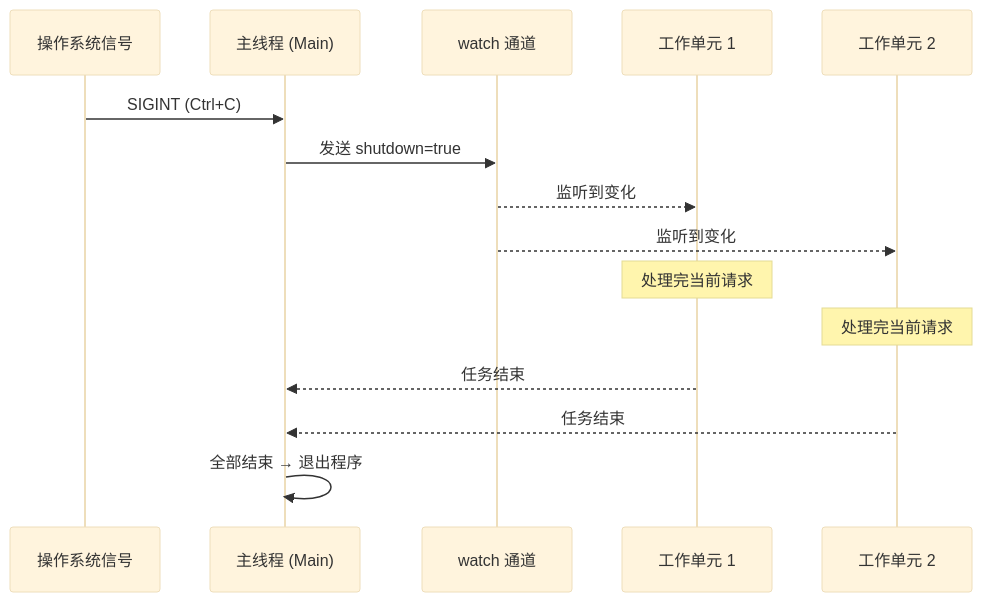
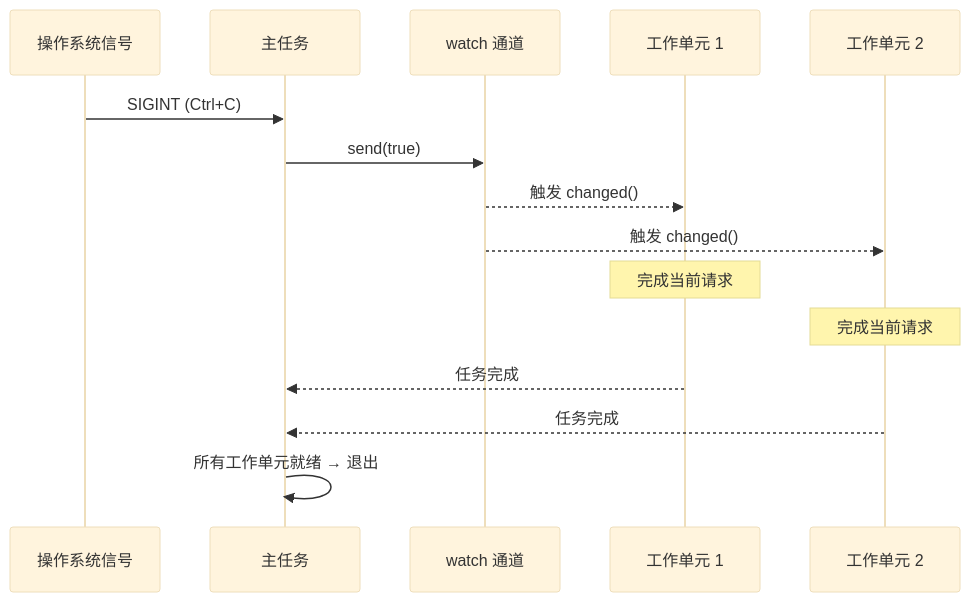
The diagram in async-book/src/zh/ch13-production-patterns.md (veegn/rust-training-zh), drawn with Mermaid (base theme) before and after one commit. The commit also changed other lines of this file and 354 other files, not shown here.

````diff
--- a/async-book/src/zh/ch13-production-patterns.md
+++ b/async-book/src/zh/ch13-production-patterns.md
@@ -40,20 +85,20 @@
 ```mermaid
 sequenceDiagram
     participant OS as 操作系统信号
-    participant Main as 主线程 (Main)
+    participant Main as 主任务
     participant WCH as watch 通道
     participant W1 as 工作单元 1
     participant W2 as 工作单元 2
 
     OS->>Main: SIGINT (Ctrl+C)
-    Main->>WCH: 发送 shutdown=true
-    WCH-->>W1: 监听到变化
-    WCH-->>W2: 监听到变化
+    Main->>WCH: send(true)
+    WCH-->>W1: 触发 changed()
+    WCH-->>W2: 触发 changed()
 
-    Note over W1: 处理完当前请求
-    Note over W2: 处理完当前请求
+    Note over W1: 完成当前请求
+    Note over W2: 完成当前请求
 
-    W1-->>Main: 任务结束
-    W2-->>Main: 任务结束
-    Main->>Main: 全部结束 → 退出程序
+    W1-->>Main: 任务完成
+    W2-->>Main: 任务完成
+    Main->>Main: 所有工作单元就绪 → 退出
 ```
````
